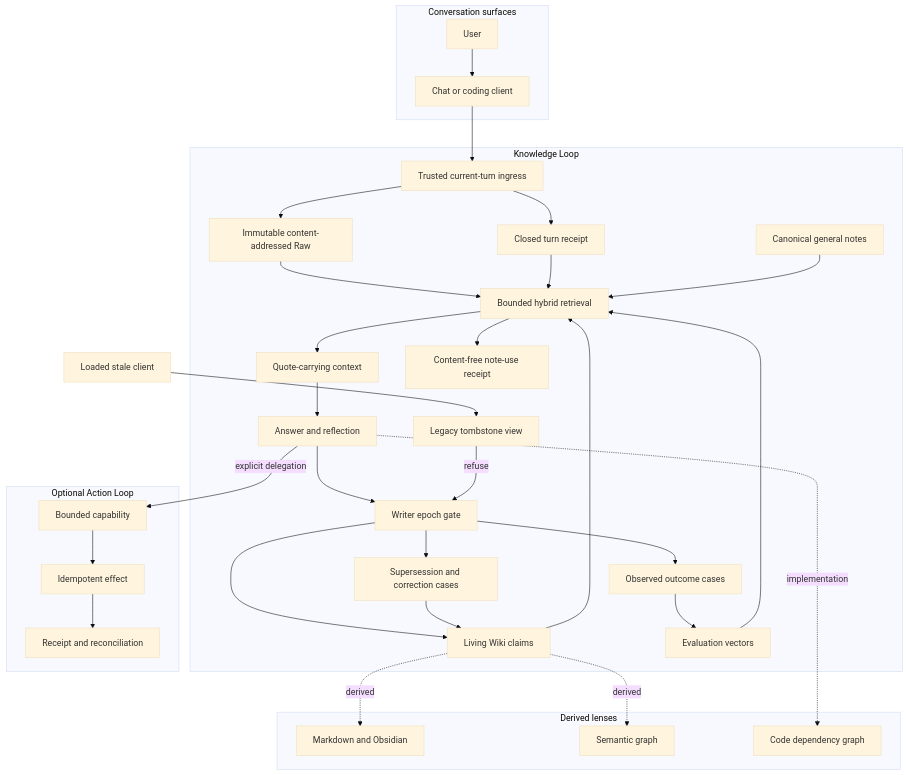
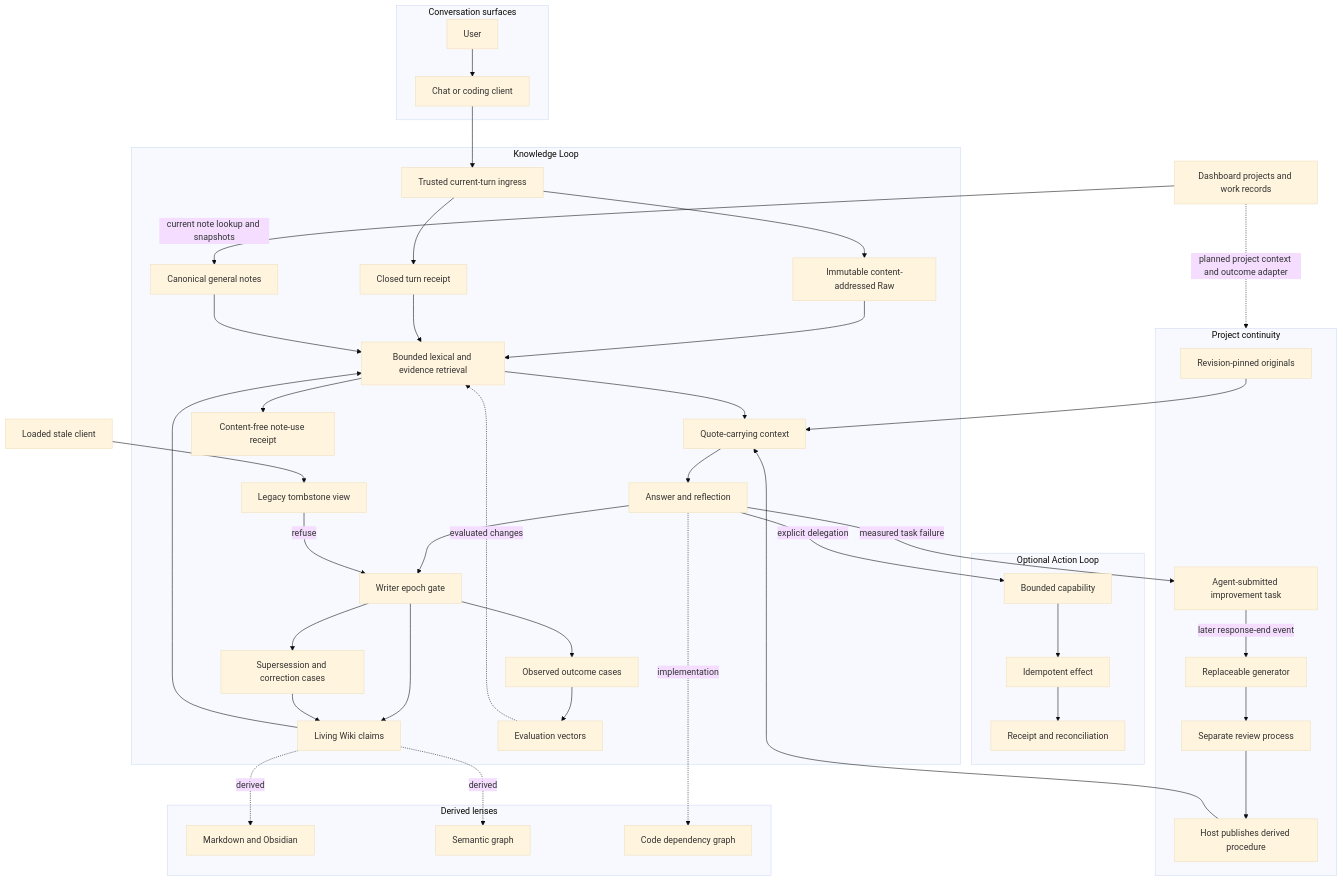
Before and after one commit to ezboom1111/leevault-architecture: the diagram in diagrams/system.mmd, drawn with Mermaid (base theme). The commit also changed 9 other files, not shown here.

Commit message:
docs: clarify runtime status and dashboard brain-body integration

```diff
--- a/diagrams/system.mmd
+++ b/diagrams/system.mmd
@@ -1,51 +1,66 @@
 flowchart TB
     subgraph Surface[Conversation surfaces]
         User[User]
         Client[Chat or coding client]
     end
 
     subgraph Knowledge[Knowledge Loop]
         Ingress[Trusted current-turn ingress]
         Raw[Immutable content-addressed Raw]
         Receipt[Closed turn receipt]
         Notes[Canonical general notes]
-        Search[Bounded hybrid retrieval]
+        Search[Bounded lexical and evidence retrieval]
         Context[Quote-carrying context]
         NoteUse[Content-free note-use receipt]
         Reflect[Answer and reflection]
         Epoch[Writer epoch gate]
         Tombstone[Legacy tombstone view]
         Wiki[Living Wiki claims]
         Correct[Supersession and correction cases]
         Outcome[Observed outcome cases]
         Eval[Evaluation vectors]
     end
 
     subgraph Lenses[Derived lenses]
         Markdown[Markdown and Obsidian]
         Graph[Semantic graph]
         Code[Code dependency graph]
     end
 
     subgraph Actions[Optional Action Loop]
         Lease[Bounded capability]
         Effect[Idempotent effect]
         Reconcile[Receipt and reconciliation]
     end
 
     User --> Client --> Ingress
     Ingress --> Raw
     Ingress --> Receipt
     Raw --> Search
     Receipt --> Search
     Notes --> Search
     Wiki --> Search --> Context --> Reflect --> Epoch
     Search --> NoteUse
     Stale[Loaded stale client] --> Tombstone -->|refuse| Epoch
     Epoch --> Wiki
     Epoch --> Correct --> Wiki
-    Epoch --> Outcome --> Eval --> Search
+    Epoch --> Outcome --> Eval
+    Eval -. evaluated changes .-> Search
     Wiki -. derived .-> Markdown
     Wiki -. derived .-> Graph
     Reflect -. implementation .-> Code
     Reflect -->|explicit delegation| Lease --> Effect --> Reconcile
+
+    subgraph ProjectKnowledge[Project continuity]
+        Originals[Revision-pinned originals]
+        Job[Agent-submitted improvement task]
+        Worker[Replaceable generator]
+        Review[Separate review process]
+        Publish[Host publishes derived procedure]
+    end
+    Originals --> Context
+    Reflect -->|measured task failure| Job
+    Job -->|later response-end event| Worker --> Review --> Publish
+    Publish --> Context
+    Body[Dashboard projects and work records] -->|current note lookup and snapshots| Notes
+    Body -. planned project context and outcome adapter .-> ProjectKnowledge
```
